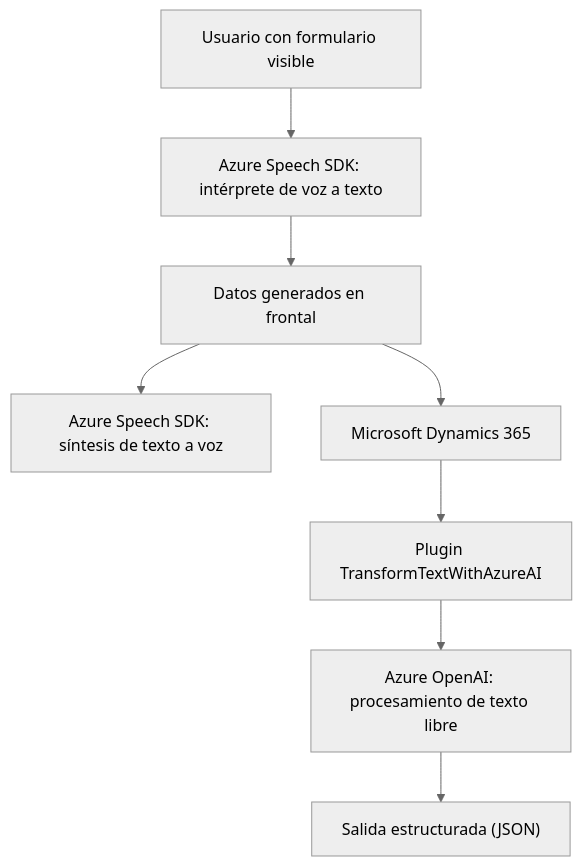
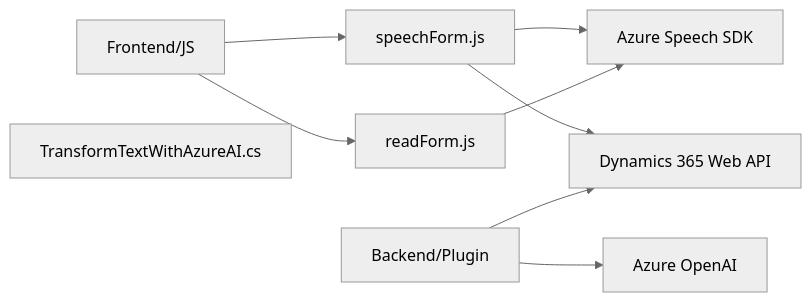
Before and after one commit to blopezdm/NETCORE_BILBAO2025: the diagram in README.md, drawn with Mermaid (neutral theme). The commit also changed other lines of this file, not shown here.

Commit message:
Actualizar análisis global de la solución con IA

````diff
--- a/README.md
+++ b/README.md
@@ -37,19 +28,19 @@
 ```mermaid
-graph TD
-    A["Usuario con formulario visible"]
-    B["Azure Speech SDK: intérprete de voz a texto"]
-    C["Azure Speech SDK: síntesis de texto a voz"]
-    D["Datos generados en frontal"]
-    E["Microsoft Dynamics 365"]
-    F["Plugin TransformTextWithAzureAI"]
-    G["Azure OpenAI: procesamiento de texto libre"]
-    H["Salida estructurada (JSON)"]
+graph LR
+A["Frontend/JS"]
+B["speechForm.js"]
+C["readForm.js"]
 
-    A --> B
-    B --> D
-    D --> C
-    D --> E
-    E --> F
-    F --> G
-    G --> H
+D["Backend/Plugin"]
+E["TransformTextWithAzureAI.cs"]
+
+F["Azure Speech SDK"]
+G["Azure OpenAI"]
+H["Dynamics 365 Web API"]
+
+A --> B --> F
+A --> C --> F
+B --> H
+D --> G
+D --> H
 ```
````
